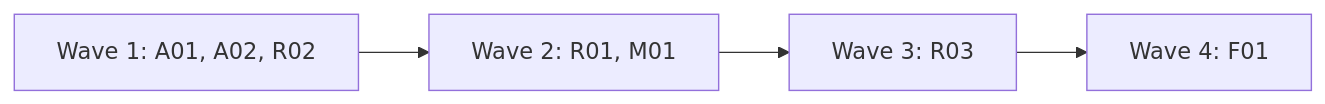
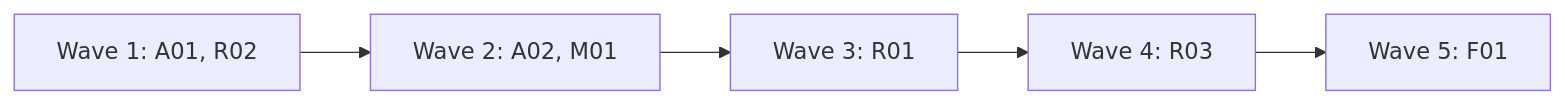
One commit to alfhen/agent-pr-pipeline changed the diagram in docs/plan-0.4.0.md. Above: the diagram before and after it, drawn with Mermaid. The commit also changed other lines of this file, not shown here.

````diff
--- a/docs/plan-0.4.0.md
+++ b/docs/plan-0.4.0.md
@@ -51,4 +51,4 @@
 ```mermaid
 flowchart LR
-  W1[Wave 1: A01, A02, R02] --> W2[Wave 2: R01, M01] --> W3[Wave 3: R03] --> W4[Wave 4: F01]
+  W1[Wave 1: A01, R02] --> W2[Wave 2: A02, M01] --> W3[Wave 3: R01] --> W4[Wave 4: R03] --> W5[Wave 5: F01]
 ```
````
